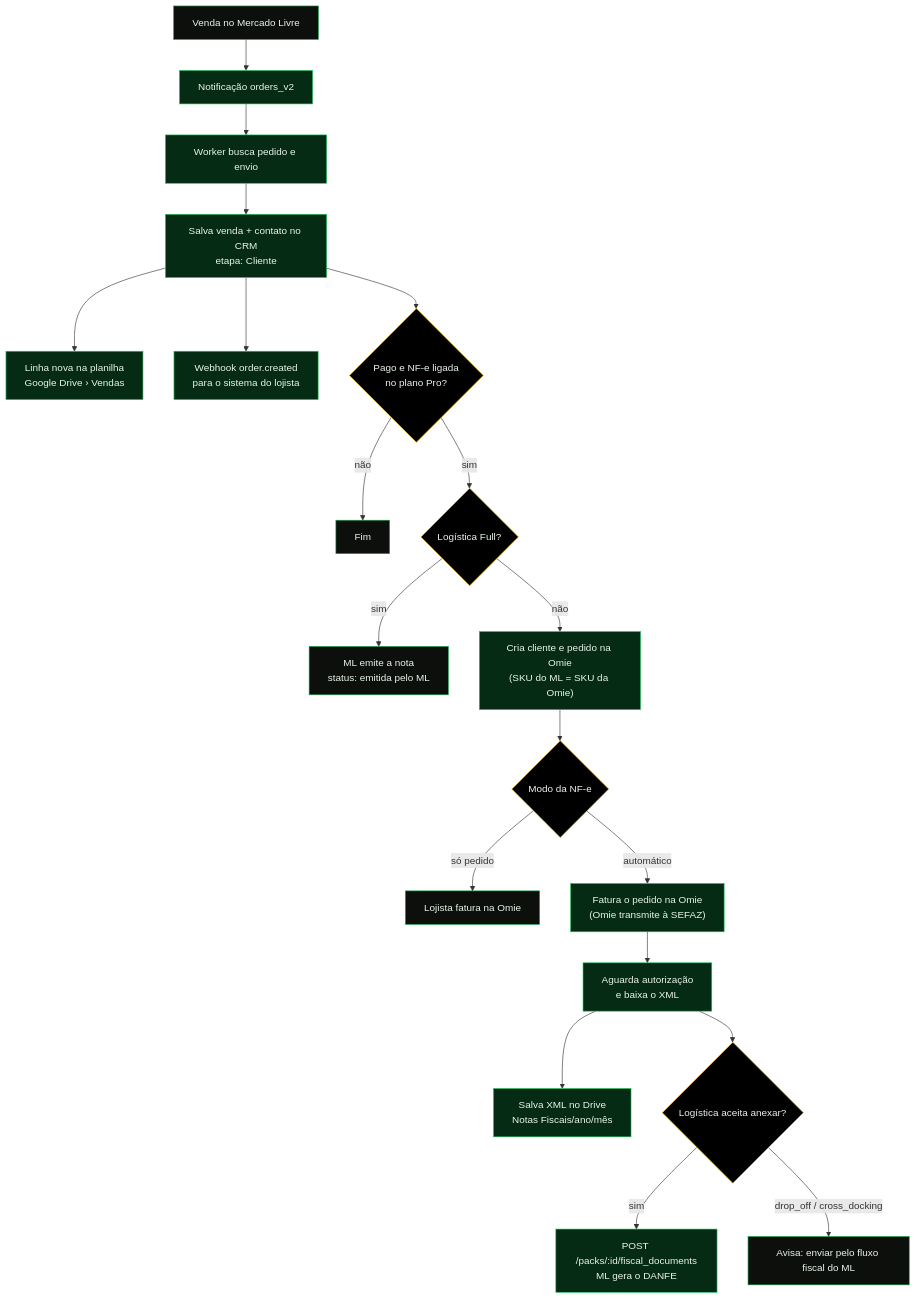
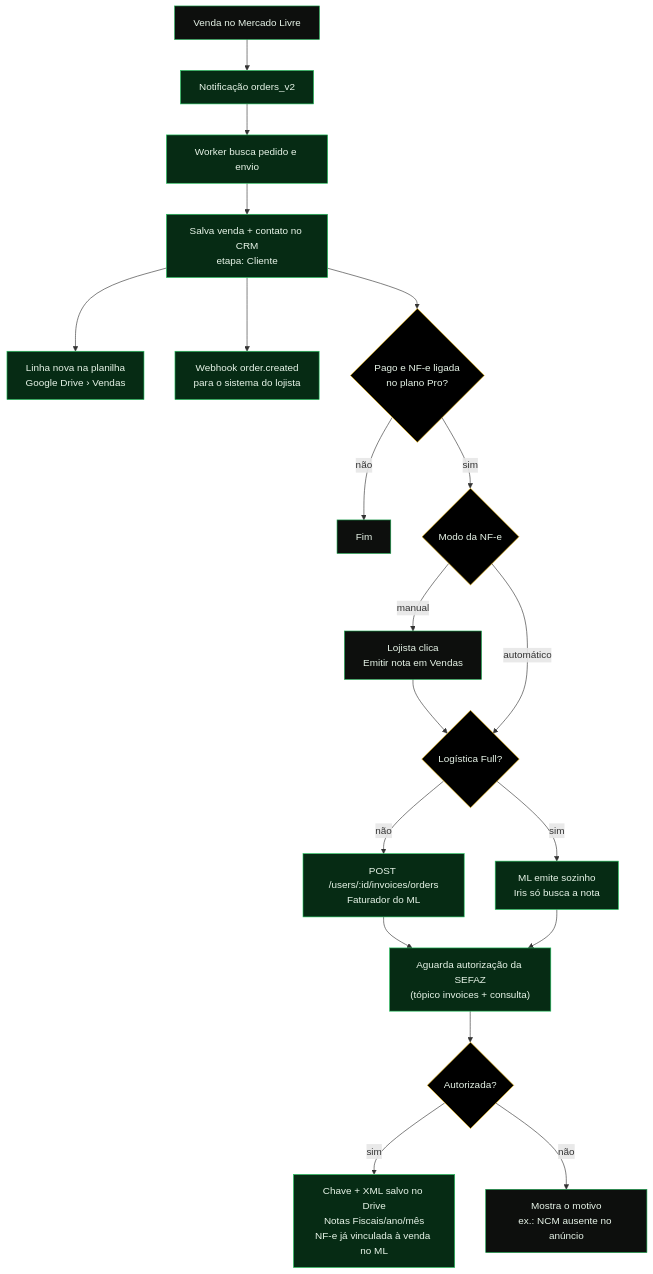
The diagram in docs/diagramas/fluxo-venda-nfe.mmd (brunolealx/iris-ia), drawn with Mermaid before and after one commit. The commit also changed 32 other files, not shown here.

First line of the commit message:
NF-e pelo Faturador do Mercado Livre, NFS-e Nacional e remoção da Omie

```diff
--- a/docs/diagramas/fluxo-venda-nfe.mmd
+++ b/docs/diagramas/fluxo-venda-nfe.mmd
@@ -1,23 +1,24 @@
 flowchart TD
   classDef s fill:#062b14,stroke:#22c55e,color:#e8f5e9
   classDef d fill:#000,stroke:#eab308,color:#e8f5e9
   classDef e fill:#0d0f0d,stroke:#16a34a,color:#e8f5e9
 
   A["Venda no Mercado Livre"]:::e --> B["Notificação orders_v2"]:::s
   B --> C["Worker busca pedido e envio"]:::s
   C --> D["Salva venda + contato no CRM<br/>etapa: Cliente"]:::s
   D --> G1["Linha nova na planilha<br/>Google Drive › Vendas"]:::s
   D --> H1["Webhook order.created<br/>para o sistema do lojista"]:::s
   D --> E{"Pago e NF-e ligada<br/>no plano Pro?"}:::d
   E -- não --> FIM["Fim"]:::e
-  E -- sim --> F{"Logística Full?"}:::d
-  F -- sim --> F1["ML emite a nota<br/>status: emitida pelo ML"]:::e
-  F -- não --> O1["Cria cliente e pedido na Omie<br/>(SKU do ML = SKU da Omie)"]:::s
-  O1 --> M{"Modo da NF-e"}:::d
-  M -- "só pedido" --> O2["Lojista fatura na Omie"]:::e
-  M -- automático --> O3["Fatura o pedido na Omie<br/>(Omie transmite à SEFAZ)"]:::s
-  O3 --> O4["Aguarda autorização<br/>e baixa o XML"]:::s
-  O4 --> G2["Salva XML no Drive<br/>Notas Fiscais/ano/mês"]:::s
-  O4 --> L{"Logística aceita anexar?"}:::d
-  L -- sim --> L1["POST /packs/:id/fiscal_documents<br/>ML gera o DANFE"]:::s
-  L -- "drop_off / cross_docking" --> L2["Avisa: enviar pelo fluxo fiscal do ML"]:::e
+  F{"Logística Full?"}:::d
+  E -- sim --> M{"Modo da NF-e"}:::d
+  M -- manual --> M1["Lojista clica<br/>Emitir nota em Vendas"]:::e
+  M1 --> F
+  M -- automático --> F
+  F -- sim --> F1["ML emite sozinho<br/>Iris só busca a nota"]:::s
+  F -- não --> O1["POST /users/:id/invoices/orders<br/>Faturador do ML"]:::s
+  O1 --> O4["Aguarda autorização da SEFAZ<br/>(tópico invoices + consulta)"]:::s
+  F1 --> O4
+  O4 --> R{"Autorizada?"}:::d
+  R -- sim --> G2["Chave + XML salvo no Drive<br/>Notas Fiscais/ano/mês<br/>NF-e já vinculada à venda no ML"]:::s
+  R -- não --> L2["Mostra o motivo<br/>ex.: NCM ausente no anúncio"]:::e
```
